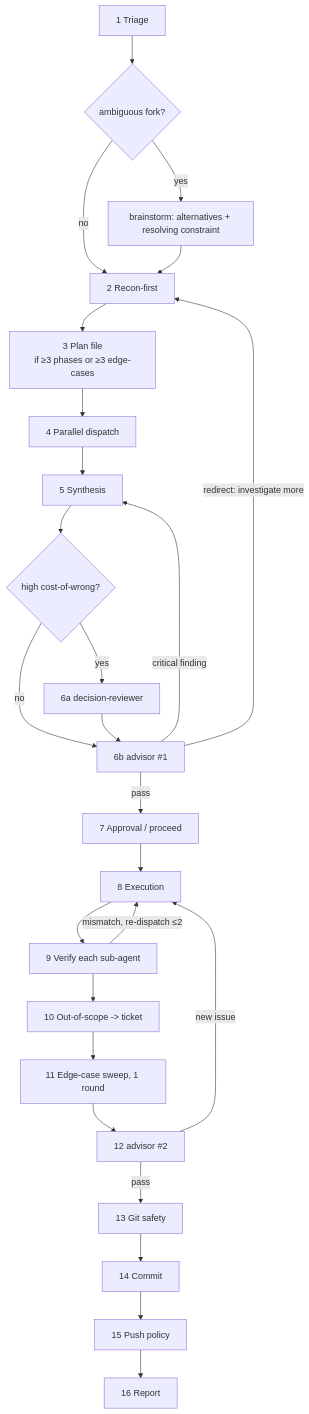
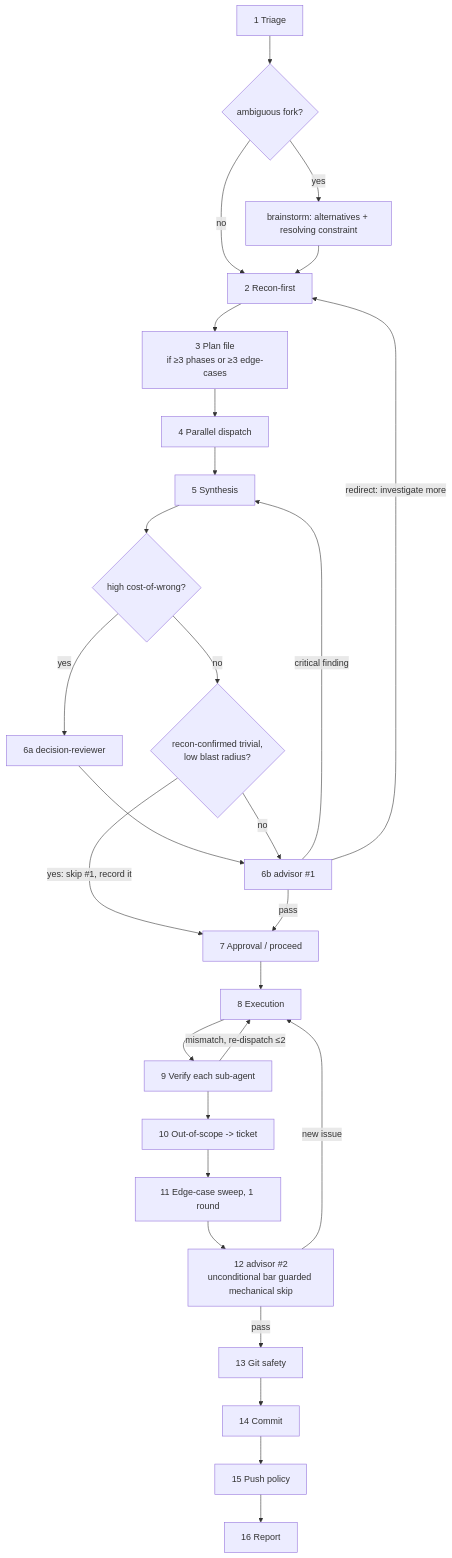
Before and after one commit to CATWILLgh/MAINFRAME: the diagram in plugin-dist/skills/task-workflow/flow.md, drawn with Mermaid. The commit also changed other lines of this file and 2 other files, not shown here.

````diff
--- a/plugin-dist/skills/task-workflow/flow.md
+++ b/plugin-dist/skills/task-workflow/flow.md
@@ -5,28 +5,30 @@
 ```mermaid
 flowchart TD
   T[1 Triage] --> AMB{ambiguous fork?}
   AMB -->|yes| BR[brainstorm: alternatives + resolving constraint]
   AMB -->|no| R[2 Recon-first]
   BR --> R
   R --> P[3 Plan file<br/>if ≥3 phases or ≥3 edge-cases]
   P --> D[4 Parallel dispatch]
   D --> S[5 Synthesis]
   S --> HS{high cost-of-wrong?}
   HS -->|yes| RV[6a decision-reviewer]
-  HS -->|no| AV[6b advisor #1]
-  RV --> AV
+  HS -->|no| TRIV{recon-confirmed trivial,<br/>low blast radius?}
+  RV --> AV[6b advisor #1]
+  TRIV -->|no| AV
+  TRIV -->|yes: skip #1, record it| AP[7 Approval / proceed]
   AV -->|critical finding| S
   AV -->|redirect: investigate more| R
-  AV -->|pass| AP[7 Approval / proceed]
+  AV -->|pass| AP
   AP --> EX[8 Execution]
   EX --> V[9 Verify each sub-agent]
   V -->|mismatch, re-dispatch ≤2| EX
   V --> TK[10 Out-of-scope -> ticket]
   TK --> ED[11 Edge-case sweep, 1 round]
-  ED --> A2[12 advisor #2]
+  ED --> A2[12 advisor #2<br/>unconditional bar guarded mechanical skip]
   A2 -->|new issue| EX
   A2 -->|pass| GS[13 Git safety]
   GS --> C[14 Commit]
   C --> PU[15 Push policy]
   PU --> RP[16 Report]
 ```
````
